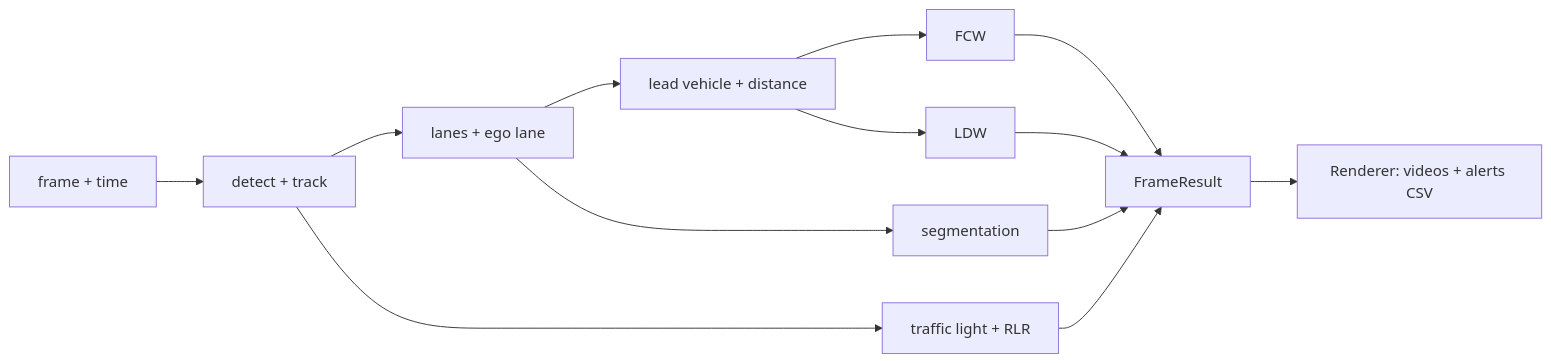
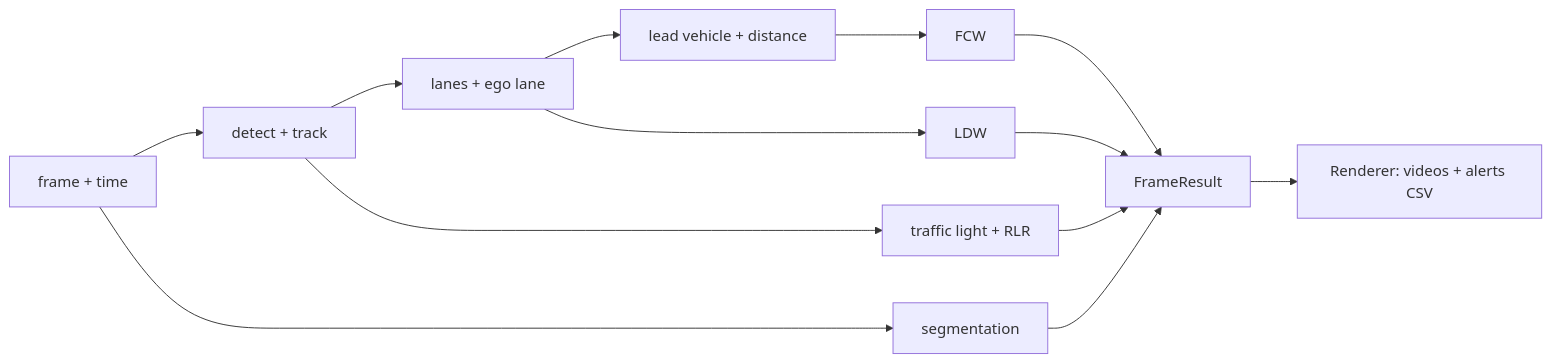
The diagram in README.md (cezargobbo/adas-visual-perception), drawn with Mermaid before and after one commit. The commit also changed other lines of this file and 11 other files, not shown here.

````diff
--- a/README.md
+++ b/README.md
@@ -27,15 +27,15 @@
 ```mermaid
 flowchart LR
     F[frame + time] --> D[detect + track]
     D --> L[lanes + ego lane]
     L --> LV[lead vehicle + distance]
     LV --> FCW[FCW]
-    LV --> LDW[LDW]
+    L --> LDW[LDW]
     D --> RLR[traffic light + RLR]
-    L --> S[segmentation]
+    F --> S[segmentation]
     FCW --> R[FrameResult]
     LDW --> R
     RLR --> R
     S --> R
     R --> V[Renderer: videos + alerts CSV]
 ```
````
